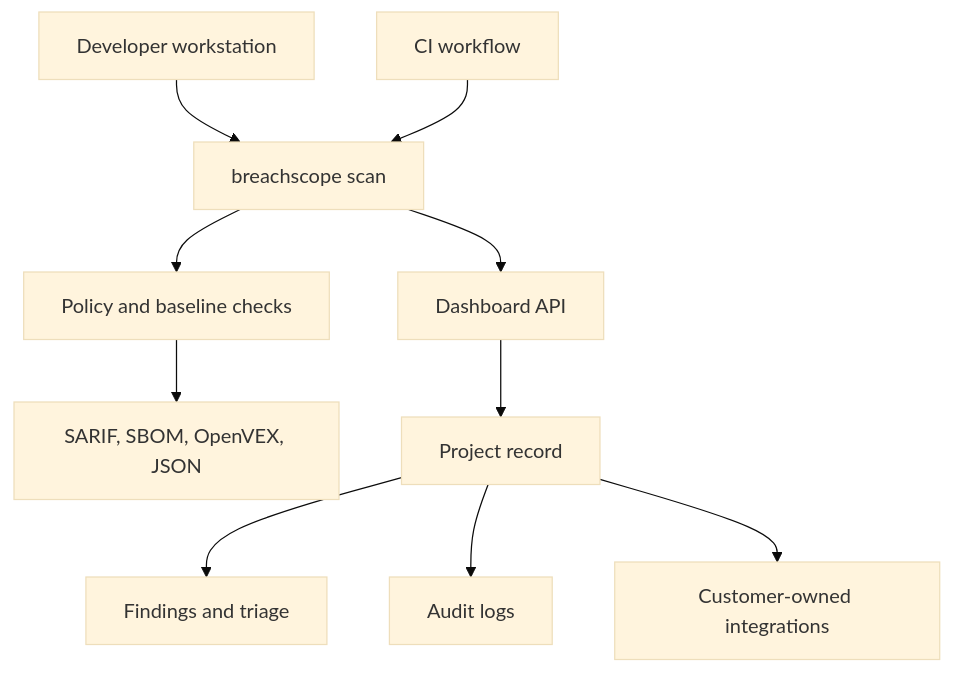
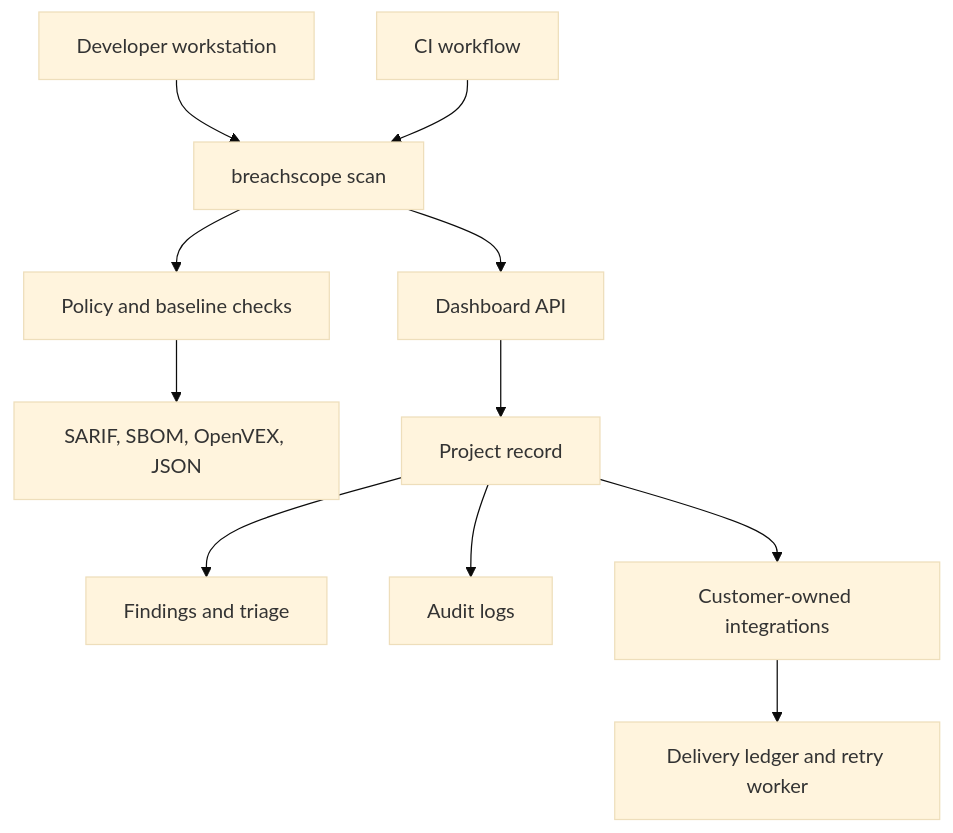
One commit to Afnanksalal/BreachScope changed the diagram in docs/enterprise.md. Above: the diagram before and after it, drawn with Mermaid (base theme). The commit also changed other lines of this file and 35 other files, not shown here.

````diff
--- a/docs/enterprise.md
+++ b/docs/enterprise.md
@@ -7,12 +7,13 @@
 ```mermaid
 flowchart TD
   Dev["Developer workstation"] --> CLI["breachscope scan"]
   CI["CI workflow"] --> CLI
   CLI --> Policy["Policy and baseline checks"]
   Policy --> Evidence["SARIF, SBOM, OpenVEX, JSON"]
   CLI --> API["Dashboard API"]
   API --> Project["Project record"]
   Project --> Findings["Findings and triage"]
   Project --> Audit["Audit logs"]
   Project --> Integrations["Customer-owned integrations"]
+  Integrations --> Delivery["Delivery ledger and retry worker"]
 ```
````
